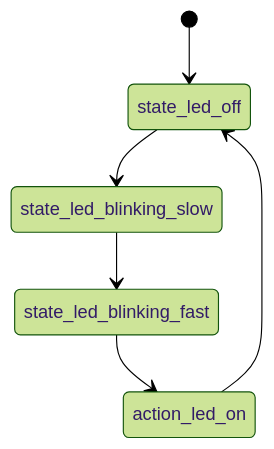
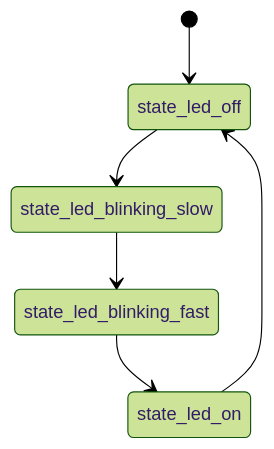
The diagram in README.md (RafNie/BoostSML_Stm32_hello_world), drawn with Mermaid (forest theme) before and after one commit. The commit also changed other lines of this file, not shown here.

````diff
--- a/README.md
+++ b/README.md
@@ -18,8 +18,8 @@
 ```mermaid
-    stateDiagram-v2
-    [*] --> state_led_off
-    state_led_off --> state_led_blinking_slow
-    state_led_blinking_slow --> state_led_blinking_fast
-    state_led_blinking_fast --> action_led_on
-    action_led_on --> state_led_off
+   stateDiagram-v2
+   [*] --> state_led_off
+   state_led_off --> state_led_blinking_slow
+   state_led_blinking_slow --> state_led_blinking_fast
+   state_led_blinking_fast --> state_led_on
+   state_led_on --> state_led_off
 ```
````
